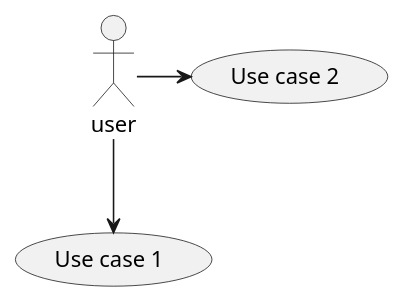
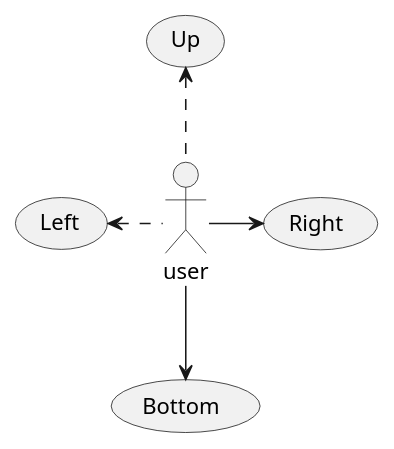
One commit to izumisan/cheatsheet changed the eighth of 14 diagrams in PlantUML/usecase-diagram.puml. Above: the diagram before and after it, drawn with PlantUML. The commit also changed other lines of this file and 4 other files, not shown here.

```diff
--- a/PlantUML/usecase-diagram.puml
+++ b/PlantUML/usecase-diagram.puml
@@ -95,4 +95,6 @@
 @startuml uc.8_arrow1
-:user: --> (Use case 1) 
-:user: -> (Use case 2) 
+:user: --> (Bottom)
+:user: -> (Right)
+(Up) <.. :user:
+(Left) <. :user:
 @enduml
```
